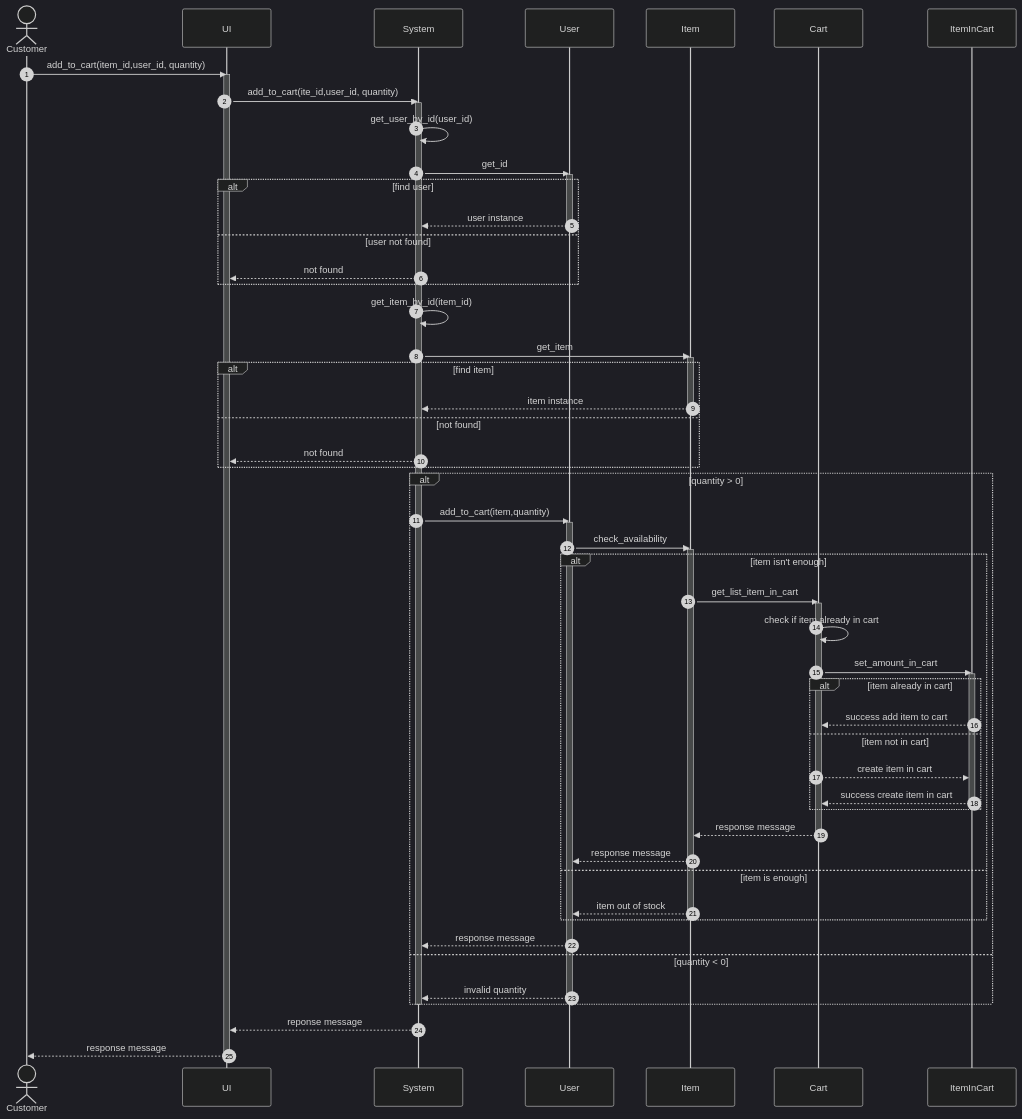
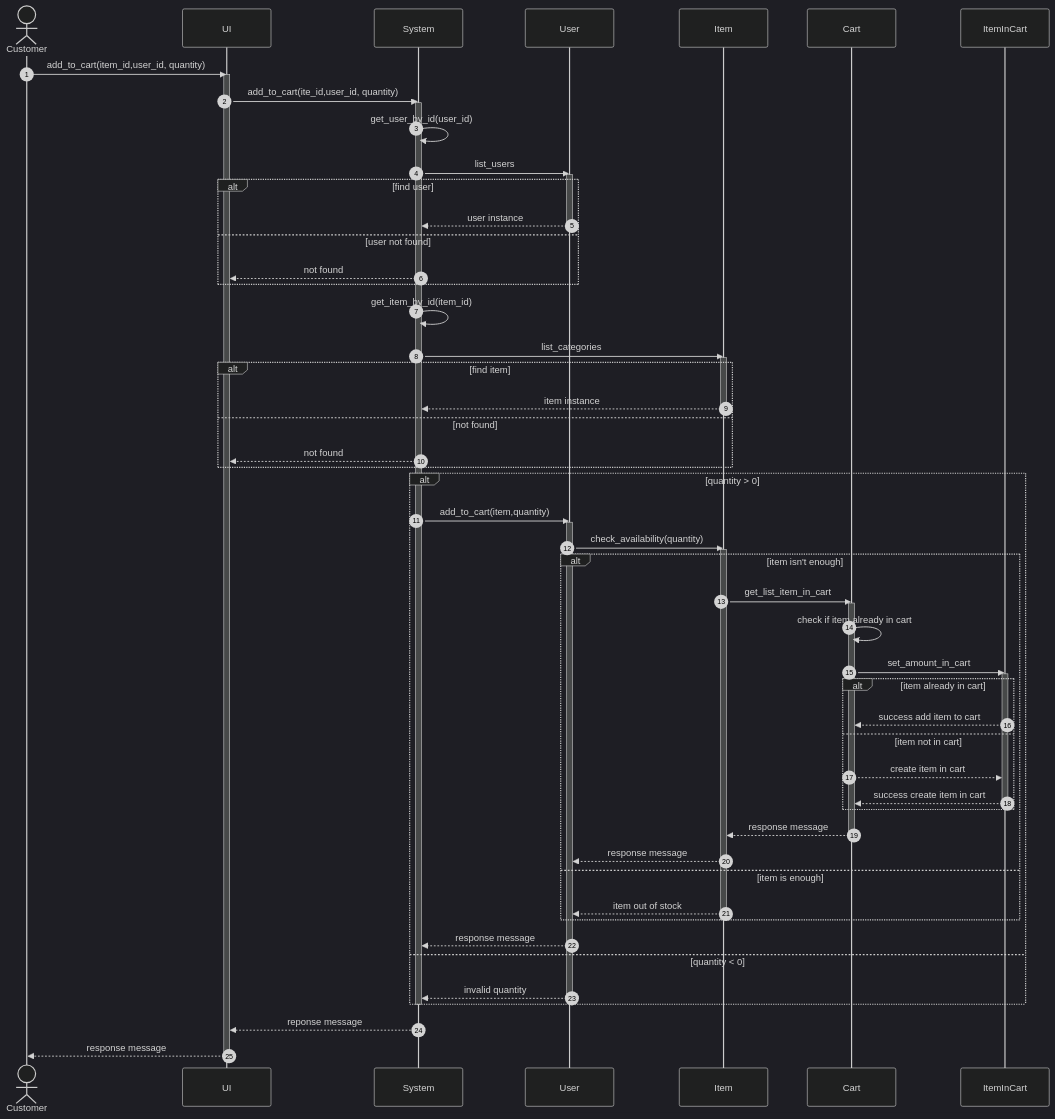
One commit to Bokutosimp/CE_OOP_PROJECT changed the diagram in diagram/sequence/add_item_to_cart.md. Above: the diagram before and after it, drawn with Mermaid. The commit also changed 1 other file, not shown here.

Commit message:
add sequence diagram

````diff
--- a/diagram/sequence/add_item_to_cart.md
+++ b/diagram/sequence/add_item_to_cart.md
@@ -1,75 +1,75 @@
 ```mermaid
 ---
 config:
   theme: dark
   look: classic
 ---
 
 sequenceDiagram
 autonumber
 
     actor Customer
     participant UI
     participant System
     participant User
     participant Item
     participant Cart
     participant ItemInCart
 
     Customer ->> UI: add_to_cart(item_id,user_id, quantity)
     activate UI
     UI ->> System: add_to_cart(ite_id,user_id, quantity)
     activate System
     System ->> System : get_user_by_id(user_id)
-    System ->> User: get_id
+    System ->> User: list_users
     activate User
     alt find user
     User -->> System: user instance
     deactivate User
     else user not found
     System -->> UI : not found
     end
     System ->> System :get_item_by_id(item_id)
-    System ->> Item: get_item
+    System ->> Item: list_categories
     activate Item
     alt find item
     Item -->> System:item instance
     deactivate Item
     else not found
     System -->> UI : not found
     end
     alt quantity > 0
     System ->> User: add_to_cart(item,quantity)
     activate User
-    User ->> Item : check_availability
+    User ->> Item : check_availability(quantity)
     activate Item
     alt item isn't enough
     Item ->> Cart: get_list_item_in_cart
     activate Cart
     Cart ->> Cart : check if item already in cart
     Cart ->> ItemInCart : set_amount_in_cart
     activate ItemInCart
     alt item already in cart
     ItemInCart -->> Cart : success add item to cart
     else item not in cart
     Cart -->> ItemInCart : create item in cart
     ItemInCart -->> Cart : success create item in cart
     deactivate ItemInCart
     end
     Cart -->> Item: response message
     deactivate Cart
     Item -->> User: response message
     else item is enough
     Item -->> User : item out of stock
     end
     deactivate Item
     User -->> System: response message
     else quantity < 0
     User -->> System: invalid quantity
     deactivate User
     end
     deactivate System
     System -->> UI : reponse message
     UI -->> Customer : response message
     deactivate UI
 ```
````
